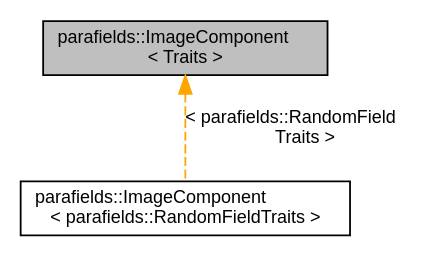
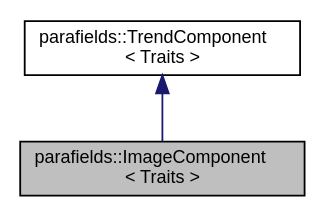
Before and after one commit to parafields/parafields-core: the diagram in a00969.dot, drawn with Graphviz. The commit also changed 421 other files, not shown here.

```diff
--- a/a00969.dot
+++ b/a00969.dot
@@ -1,9 +1,9 @@
 digraph "parafields::ImageComponent&lt; Traits &gt;"
 {
  // LATEX_PDF_SIZE
   edge [fontname="Helvetica",fontsize="10",labelfontname="Helvetica",labelfontsize="10"];
   node [fontname="Helvetica",fontsize="10",shape=record];
   Node1 [label="parafields::ImageComponent\l\< Traits \>",height=0.2,width=0.4,color="black", fillcolor="grey75", style="filled", fontcolor="black",tooltip="Component of random field based on pixel image."];
-  Node1 -> Node2 [dir="back",color="orange",fontsize="10",style="dashed",label=" \< parafields::RandomField\lTraits \>" ,fontname="Helvetica"];
-  Node2 [label="parafields::ImageComponent\l\< parafields::RandomFieldTraits \>",height=0.2,width=0.4,color="black", fillcolor="white", style="filled",URL="$a00970.html",tooltip=" "];
+  Node2 -> Node1 [dir="back",color="midnightblue",fontsize="10",style="solid",fontname="Helvetica"];
+  Node2 [label="parafields::TrendComponent\l\< Traits \>",height=0.2,width=0.4,color="black", fillcolor="white", style="filled",URL="$a00966.html",tooltip="Component of random field representing deterministic structure."];
 }
```
